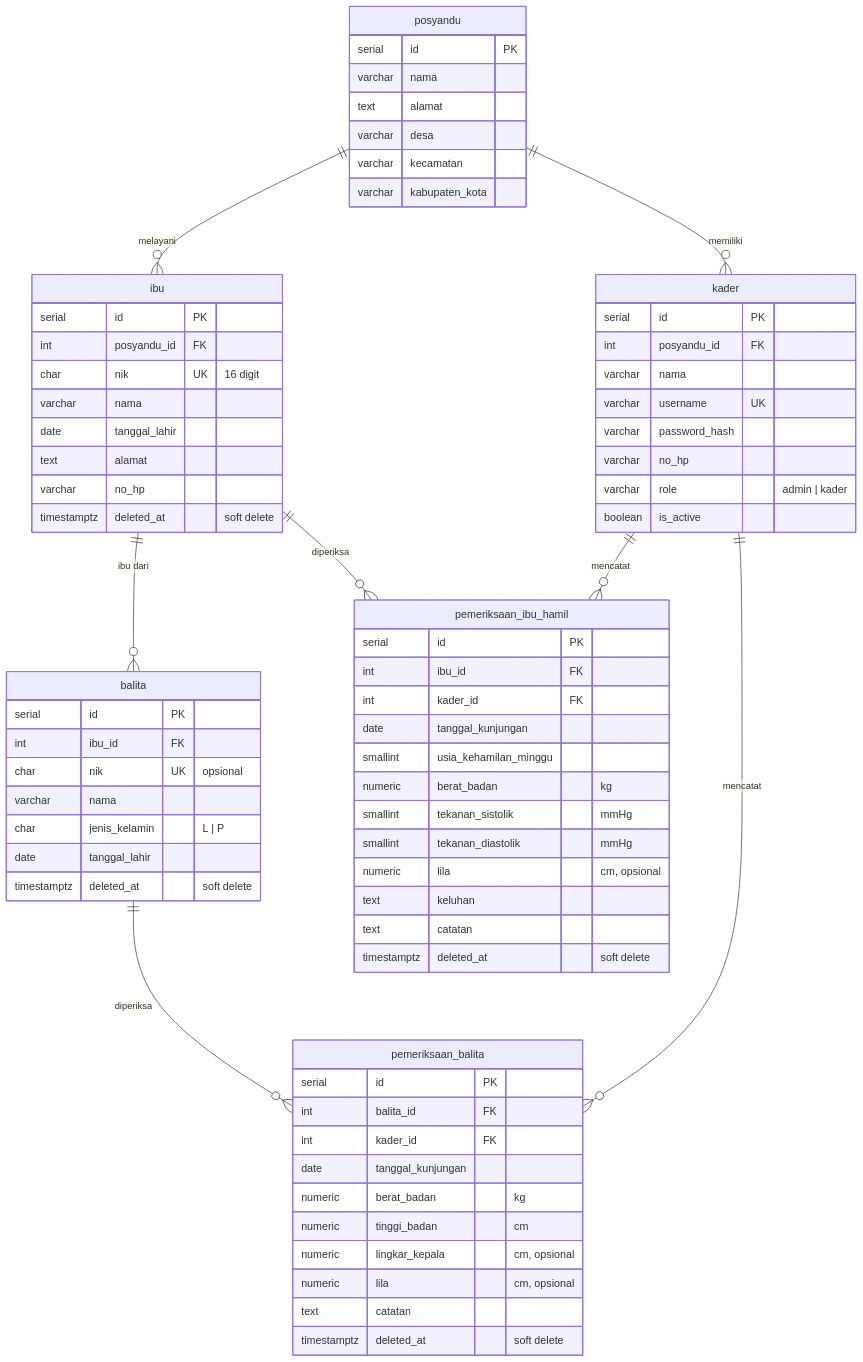
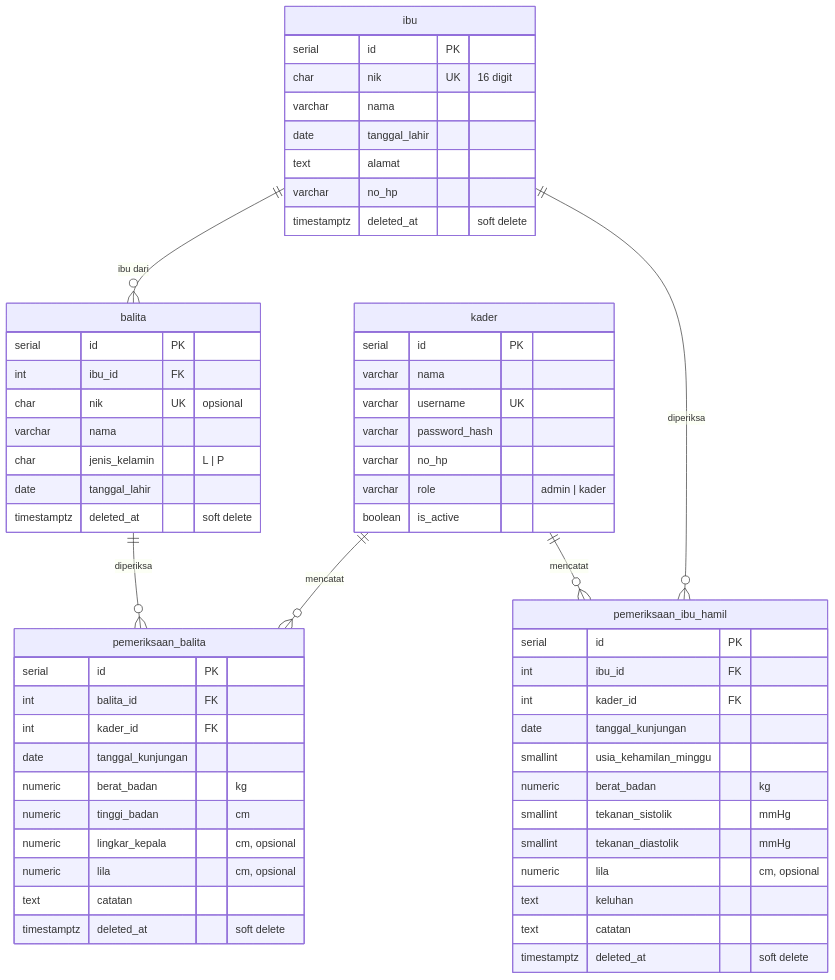
One commit to haikalahmadels/posyandu changed the diagram in docs/04-erd.md. Above: the diagram before and after it, drawn with Mermaid. The commit also changed other lines of this file and 23 other files, not shown here.

````diff
--- a/docs/04-erd.md
+++ b/docs/04-erd.md
@@ -11,74 +11,62 @@
 ```mermaid
 erDiagram
-    posyandu ||--o{ kader : "memiliki"
-    posyandu ||--o{ ibu : "melayani"
     ibu ||--o{ balita : "ibu dari"
     ibu ||--o{ pemeriksaan_ibu_hamil : "diperiksa"
     balita ||--o{ pemeriksaan_balita : "diperiksa"
     kader ||--o{ pemeriksaan_balita : "mencatat"
     kader ||--o{ pemeriksaan_ibu_hamil : "mencatat"
 
-    posyandu {
-        serial id PK
-        varchar nama
-        text alamat
-        varchar desa
-        varchar kecamatan
-        varchar kabupaten_kota
-    }
     kader {
         serial id PK
-        int posyandu_id FK
         varchar nama
         varchar username UK
         varchar password_hash
         varchar no_hp
         varchar role "admin | kader"
         boolean is_active
     }
     ibu {
         serial id PK
-        int posyandu_id FK
         char nik UK "16 digit"
         varchar nama
         date tanggal_lahir
         text alamat
         varchar no_hp
         timestamptz deleted_at "soft delete"
     }
     balita {
         serial id PK
         int ibu_id FK
         char nik UK "opsional"
         varchar nama
         char jenis_kelamin "L | P"
         date tanggal_lahir
         timestamptz deleted_at "soft delete"
     }
     pemeriksaan_balita {
         serial id PK
         int balita_id FK
         int kader_id FK
         date tanggal_kunjungan
         numeric berat_badan "kg"
         numeric tinggi_badan "cm"
         numeric lingkar_kepala "cm, opsional"
         numeric lila "cm, opsional"
         text catatan
         timestamptz deleted_at "soft delete"
     }
     pemeriksaan_ibu_hamil {
         serial id PK
         int ibu_id FK
         int kader_id FK
         date tanggal_kunjungan
         smallint usia_kehamilan_minggu
         numeric berat_badan "kg"
         smallint tekanan_sistolik "mmHg"
         smallint tekanan_diastolik "mmHg"
         numeric lila "cm, opsional"
         text keluhan
         text catatan
         timestamptz deleted_at "soft delete"
     }
 ```
````
